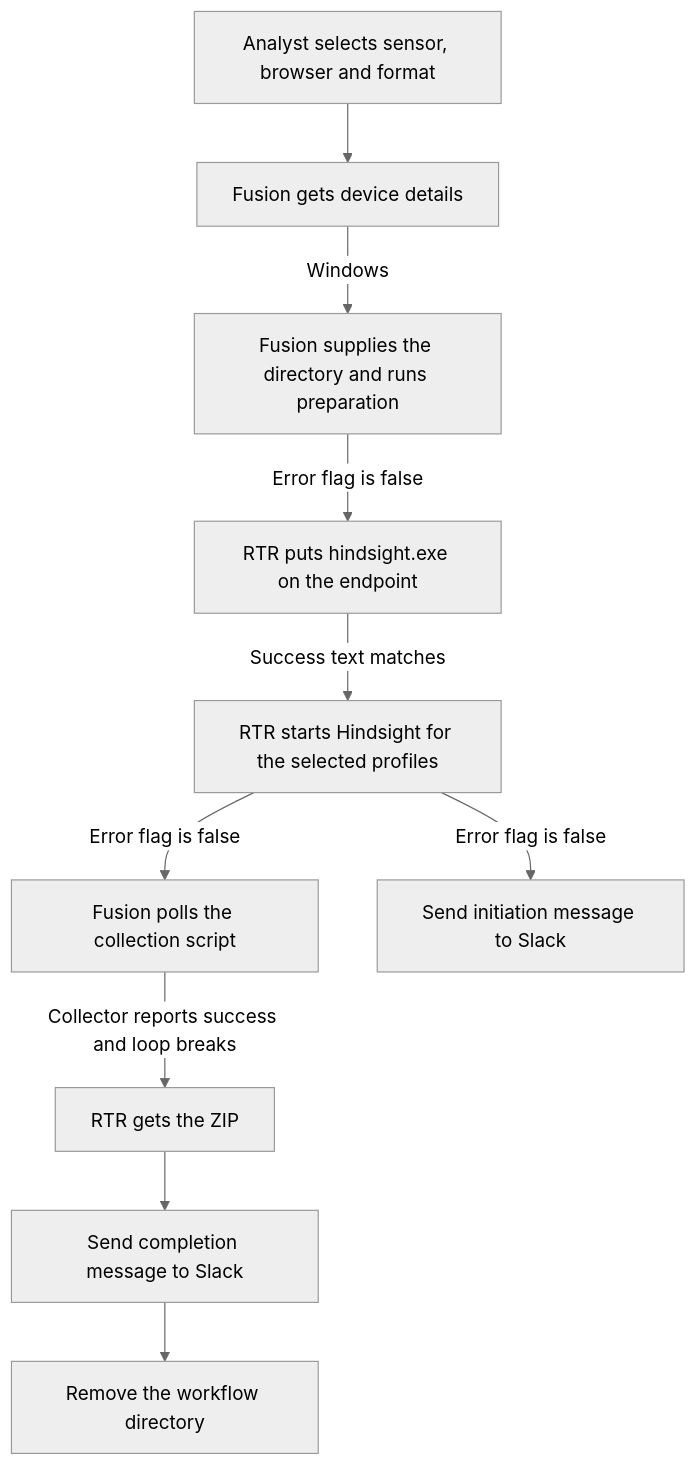
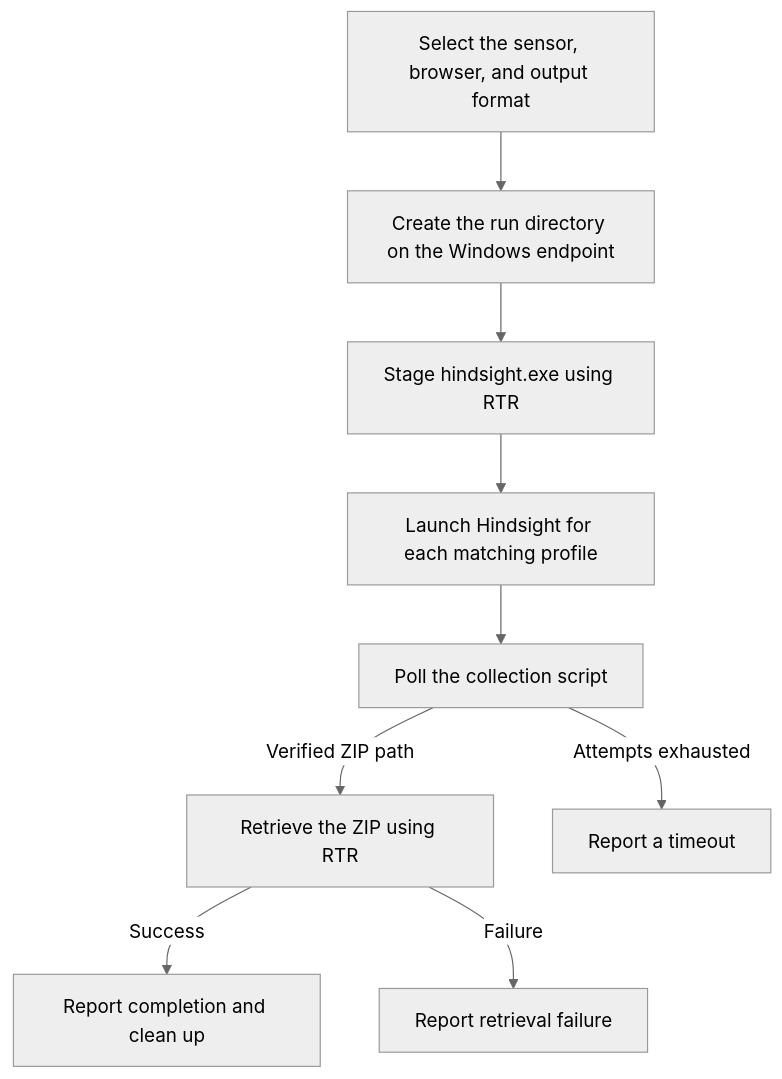
One commit to alexandruhera/crowdstrike-hindsight-soar changed the diagram in docs/workflow.md. Above: the diagram before and after it, drawn with Mermaid (neutral theme). The commit also changed other lines of this file and 13 other files, not shown here.

Commit message:
Organize workflow assets and document Falcon setup

````diff
--- a/docs/workflow.md
+++ b/docs/workflow.md
@@ -13,14 +7,11 @@
 ```mermaid
 flowchart TD
-    accTitle: Falcon Fusion workflow overview
-    accDescr: Fusion checks the platform, prepares the endpoint, uploads Hindsight and launches processing. On the depicted success path it polls, retrieves the ZIP, sends a Slack message and removes the working directory.
-    trigger["Analyst selects sensor, browser and format"] --> details["Fusion gets device details"]
-    details -->|Windows| prep["Fusion supplies the directory and runs preparation"]
-    prep -->|Error flag is false| put["RTR puts hindsight.exe on the endpoint"]
-    put -->|Success text matches| launch["RTR starts Hindsight for the selected profiles"]
-    launch -->|Error flag is false| poll["Fusion polls the collection script"]
-    launch -->|Error flag is false| notice["Send initiation message to Slack"]
-    poll -->|Collector reports success and loop breaks| get["RTR gets the ZIP"]
-    get --> report["Send completion message to Slack"]
-    report --> cleanup["Remove the workflow directory"]
+    trigger["Select the sensor, browser, and output format"] --> prepare["Create the run directory on the Windows endpoint"]
+    prepare --> upload["Stage hindsight.exe using RTR"]
+    upload --> process["Launch Hindsight for each matching profile"]
+    process --> poll["Poll the collection script"]
+    poll -->|Verified ZIP path| retrieve["Retrieve the ZIP using RTR"]
+    poll -->|Attempts exhausted| timeout["Report a timeout"]
+    retrieve -->|Success| complete["Report completion and clean up"]
+    retrieve -->|Failure| failed["Report retrieval failure"]
 ```
````
